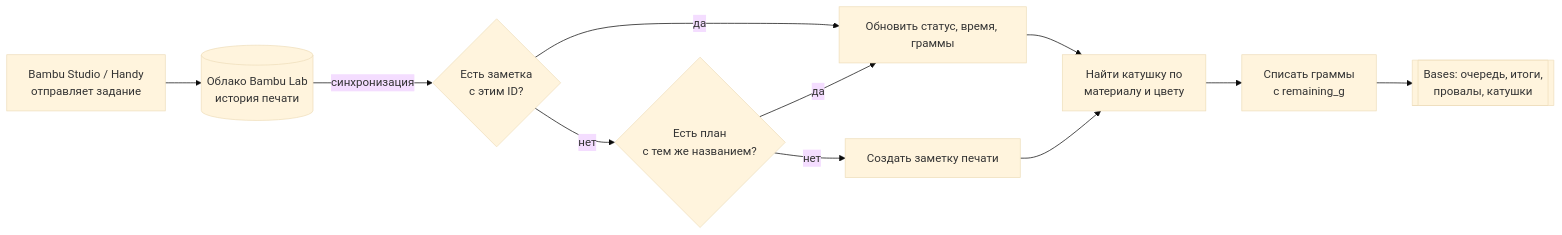
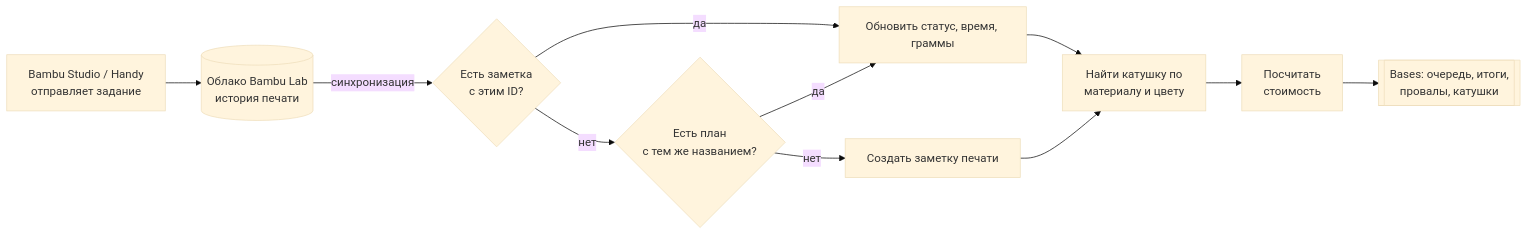
One commit to grissspy/obsidian-bambu-print-sync changed the diagram in README.ru.md. Above: the diagram before and after it, drawn with Mermaid (base theme). The commit also changed other lines of this file and 7 other files, not shown here.

````diff
--- a/README.ru.md
+++ b/README.ru.md
@@ -58,13 +58,13 @@
 ```mermaid
 flowchart LR
     A[Bambu Studio / Handy<br/>отправляет задание] --> B[(Облако Bambu Lab<br/>история печати)]
     B -- синхронизация --> C{Есть заметка<br/>с этим ID?}
     C -- да --> D[Обновить статус, время, граммы]
     C -- нет --> E{Есть план<br/>с тем же названием?}
     E -- да --> D
     E -- нет --> F[Создать заметку печати]
     D --> G[Найти катушку по<br/>материалу и цвету]
     F --> G
-    G --> H[Списать граммы<br/>с remaining_g]
+    G --> H[Посчитать<br/>стоимость]
     H --> I[[Bases: очередь, итоги,<br/>провалы, катушки]]
 ```
````
